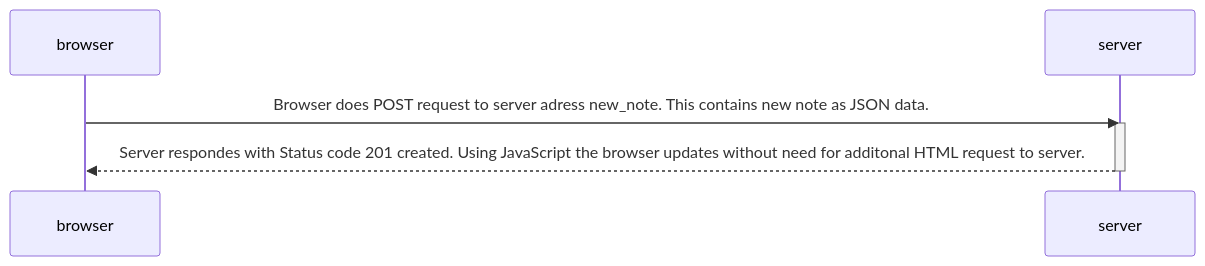
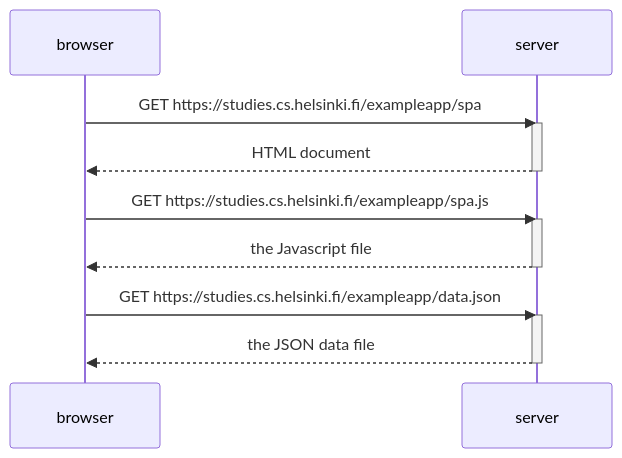
One commit to pedrobarbeitos/fullstackopen changed the diagram in part0/0_5.mmd. Above: the diagram before and after it, drawn with Mermaid. The commit also changed other lines of this file, not shown here.

```diff
--- a/part0/0_5.mmd
+++ b/part0/0_5.mmd
@@ -1,8 +1,18 @@
 sequenceDiagram
-participant browser
-participant server
+    participant browser
+    participant server
 
-    browser->>server: Browser does POST request to server adress new_note. This contains new note as JSON data.
+    browser->>server: GET https://studies.cs.helsinki.fi/exampleapp/spa
     activate server
-    server-->>browser: Server respondes with Status code 201 created. Using JavaScript the browser updates without need for additonal HTML request to server. 
+    server-->>browser: HTML document
     deactivate server
+
+    browser->>server: GET https://studies.cs.helsinki.fi/exampleapp/spa.js
+    activate server
+    server-->>browser: the Javascript file
+    deactivate server
+
+    browser->>server: GET https://studies.cs.helsinki.fi/exampleapp/data.json
+    activate server
+    server-->>browser: the JSON data file
+    deactivate server
```
